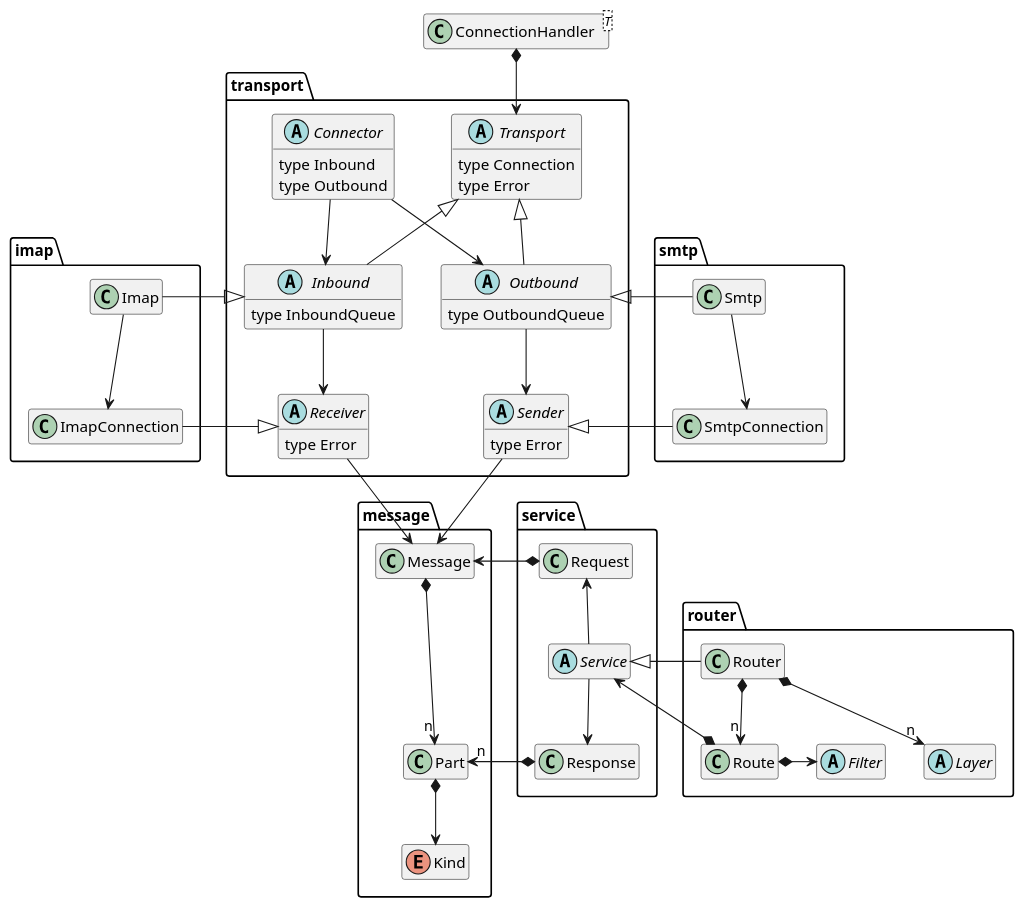
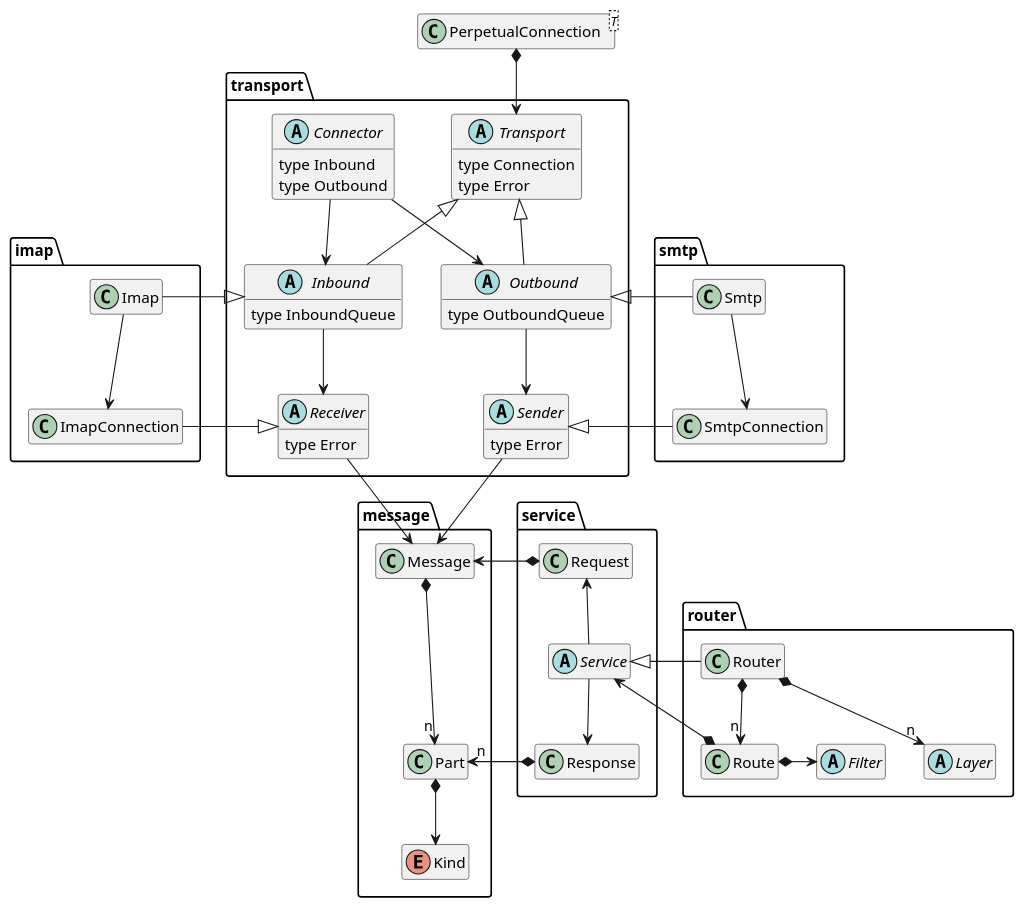
The diagram in docs/diagrams.md (lemunozm/mailfred), drawn with PlantUML before and after one commit. The commit also changed 2 other files, not shown here.

Commit message:
rename to perpetual

```diff
--- a/docs/diagrams.md
+++ b/docs/diagrams.md
@@ -80,9 +80,9 @@
 Request *-l-> Message
 Response *-l-> "n" Part
 
-class ConnectionHandler<T>
+class PerpetualConnection<T>
 
-ConnectionHandler *-d-> Transport
+PerpetualConnection *-d-> Transport
 
 package router {
     class Route
```
